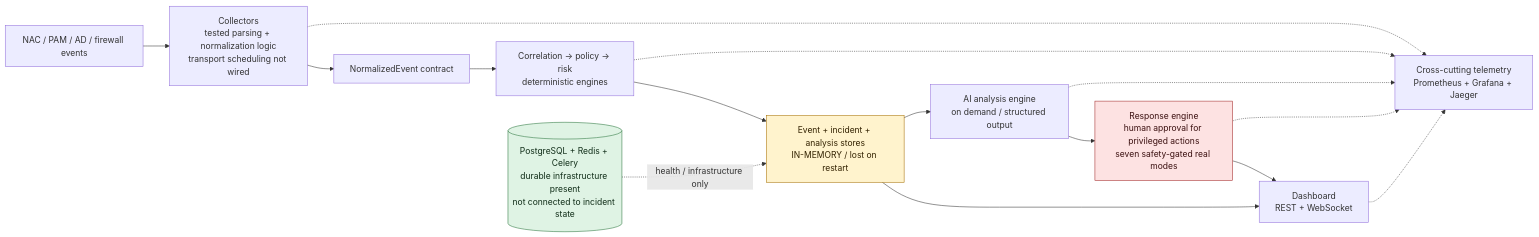
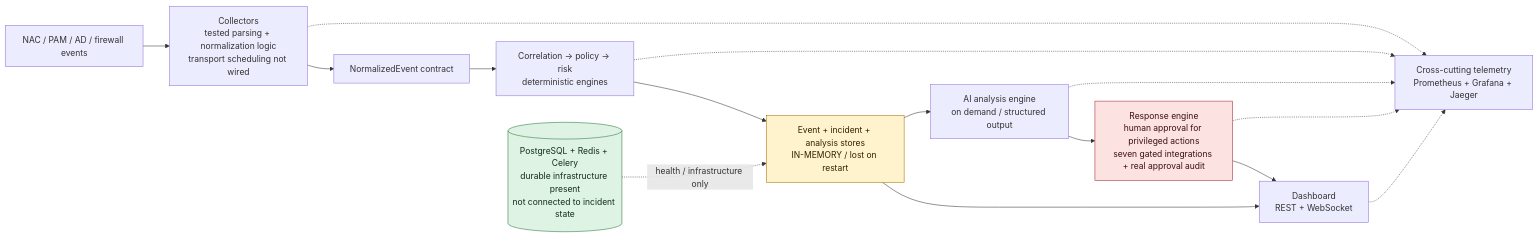
The diagram in README.md (dnzgrkn/WardHound), drawn with Mermaid before and after one commit. The commit also changed other lines of this file and 4 other files, not shown here.

````diff
--- a/README.md
+++ b/README.md
@@ -13,30 +13,30 @@
 ```mermaid
 flowchart LR
     Sources["NAC / PAM / AD / firewall events"]
     Collectors["Collectors<br/>tested parsing + normalization logic<br/>transport scheduling not wired"]
     Normalize["NormalizedEvent contract"]
     Engines["Correlation → policy → risk<br/>deterministic engines"]
     Store["Event + incident + analysis stores<br/>IN-MEMORY / lost on restart"]
     AI["AI analysis engine<br/>on demand / structured output"]
-    Response["Response engine<br/>human approval for privileged actions<br/>seven safety-gated real modes"]
+    Response["Response engine<br/>human approval for privileged actions<br/>seven gated integrations + real approval audit"]
     Dashboard["Dashboard<br/>REST + WebSocket"]
     Infra[("PostgreSQL + Redis + Celery<br/>durable infrastructure present<br/>not connected to incident state")]
     Telemetry["Cross-cutting telemetry<br/>Prometheus + Grafana + Jaeger"]
 
     Sources --> Collectors --> Normalize --> Engines --> Store
     Store --> AI --> Response --> Dashboard
     Store --> Dashboard
     Infra -. "health / infrastructure only" .-> Store
     Collectors -.-> Telemetry
     Engines -.-> Telemetry
     AI -.-> Telemetry
     Response -.-> Telemetry
     Dashboard -.-> Telemetry
 
     classDef memory fill:#fff3cd,stroke:#a66f00,color:#332200;
     classDef simulated fill:#fde2e2,stroke:#a12828,color:#3b1010;
     classDef durable fill:#dff3e4,stroke:#26733a,color:#102d18;
     class Store memory;
     class Response simulated;
     class Infra durable;
 ```
````
